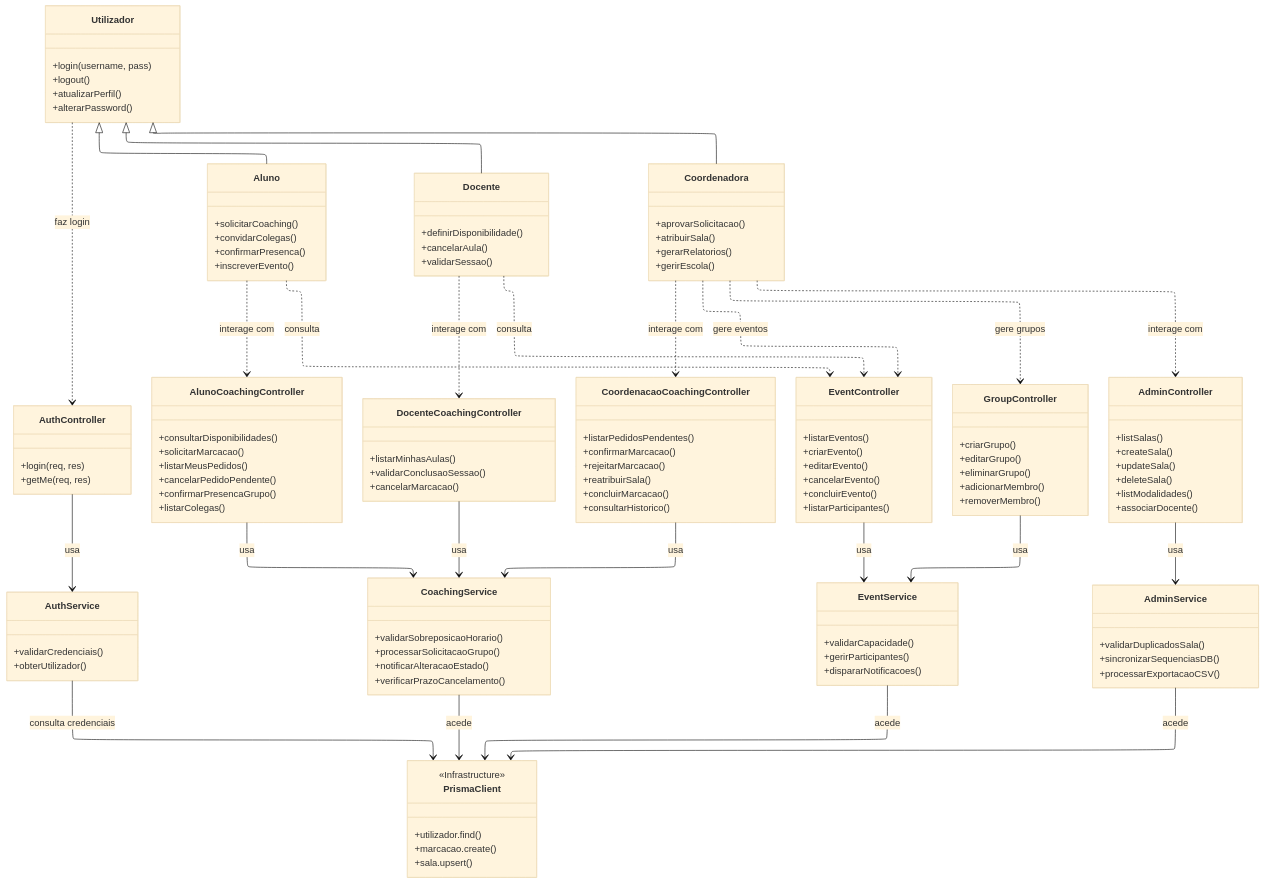
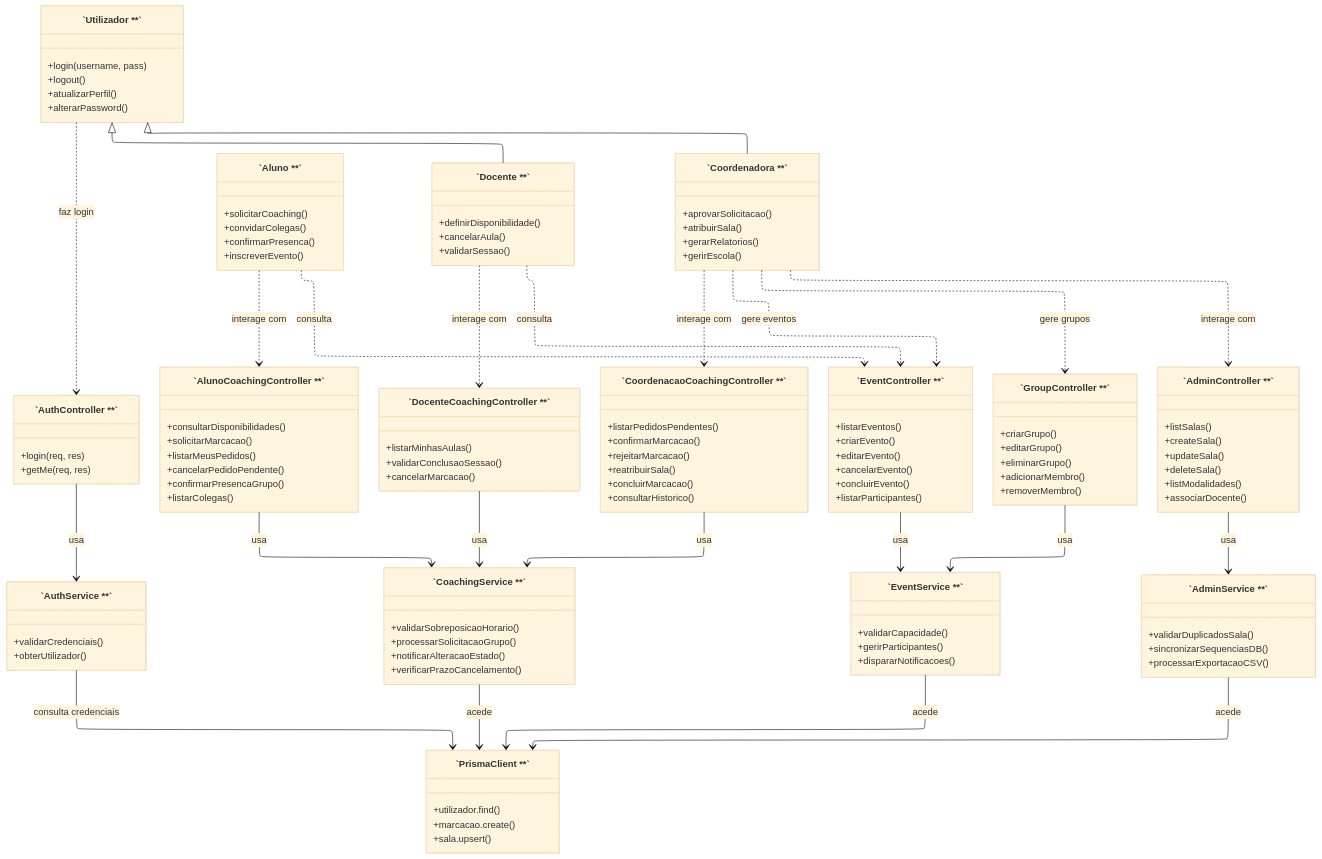
Before and after one commit to rogerio-picas/entartes-web-app: the diagram in backend/classDiagram.mmd, drawn with Mermaid.

```diff
--- a/backend/classDiagram.mmd
+++ b/backend/classDiagram.mmd
@@ -1,163 +1,165 @@
 ---
 config:
   theme: base
   layout: elk
+  look: classic
+  flowchart:
+    padding: 40
+    nodeSpacing: 60
+    rankSpacing: 80
 ---
 classDiagram
 direction TB
 
 %% ==== CLASSES DE DOMÍNIO ====
-class Utilizador {
+class Utilizador ["`Utilizador **`"] {
   +login(username, pass)
   +logout()
   +atualizarPerfil()
   +alterarPassword()
 }
 
-class Aluno {
+class Aluno ["`Aluno **`"] {
   +solicitarCoaching()
   +convidarColegas()
   +confirmarPresenca()
   +inscreverEvento()
 }
 
-class Docente {
+class Docente ["`Docente **`"] {
   +definirDisponibilidade()
   +cancelarAula()
   +validarSessao()
 }
 
-class Coordenadora {
+class Coordenadora ["`Coordenadora **`"] {
   +aprovarSolicitacao()
   +atribuirSala()
   +gerarRelatorios()
   +gerirEscola()
 }
 
-Utilizador <|-- Aluno
 Utilizador <|-- Docente
 Utilizador <|-- Coordenadora
 
 
 %% ==== CONTROLLERS ====
-class AuthController {
+class AuthController ["`AuthController **`"] {
   +login(req, res)
   +getMe(req, res)
 }
 
-class AlunoCoachingController {
+class AlunoCoachingController ["`AlunoCoachingController **`"] {
   +consultarDisponibilidades()
   +solicitarMarcacao()
   +listarMeusPedidos()
   +cancelarPedidoPendente()
   +confirmarPresencaGrupo()
   +listarColegas()
 }
 
-class DocenteCoachingController {
+class DocenteCoachingController ["`DocenteCoachingController **`"] {
   +listarMinhasAulas()
   +validarConclusaoSessao()
   +cancelarMarcacao()
 }
 
-class CoordenacaoCoachingController {
+class CoordenacaoCoachingController ["`CoordenacaoCoachingController **`"] {
   +listarPedidosPendentes()
   +confirmarMarcacao()
   +rejeitarMarcacao()
   +reatribuirSala()
   +concluirMarcacao()
   +consultarHistorico()
 }
 
-class EventController {
+class EventController ["`EventController **`"] {
   +listarEventos()
   +criarEvento()
   +editarEvento()
   +cancelarEvento()
   +concluirEvento()
   +listarParticipantes()
 }
 
-class GroupController {
+class GroupController ["`GroupController **`"] {
   +criarGrupo()
   +editarGrupo()
   +eliminarGrupo()
   +adicionarMembro()
   +removerMembro()
 }
 
-class AdminController {
+class AdminController ["`AdminController **`"] {
   +listSalas()
   +createSala()
   +updateSala()
   +deleteSala()
   +listModalidades()
   +associarDocente()
 }
 
 
 %% ==== SERVICES ====
-class AuthService {
+class AuthService ["`AuthService **`"] {
   +validarCredenciais()
   +obterUtilizador()
 }
 
-class CoachingService {
+class CoachingService ["`CoachingService **`"] {
   +validarSobreposicaoHorario()
   +processarSolicitacaoGrupo()
   +notificarAlteracaoEstado()
   +verificarPrazoCancelamento()
 }
 
-class EventService {
+class EventService ["`EventService **`"] {
   +validarCapacidade()
   +gerirParticipantes()
   +dispararNotificacoes()
 }
 
-class AdminService {
+class AdminService ["`AdminService **`"] {
   +validarDuplicadosSala()
   +sincronizarSequenciasDB()
   +processarExportacaoCSV()
 }
 
 
 %% ==== INFRAESTRUTURA ====
-class PrismaClient {
+class PrismaClient ["`PrismaClient **`"] {
   +utilizador.find()
   +marcacao.create()
   +sala.upsert()
 }
-
-<<Infrastructure>> PrismaClient
 
 
 %% ==== RELAÇÕES PRINCIPAIS ====
 
 %% Controllers usam seus respectivos serviços
 AuthController --> AuthService : usa
 AlunoCoachingController --> CoachingService : usa
 DocenteCoachingController --> CoachingService : usa
 CoordenacaoCoachingController --> CoachingService : usa
 EventController --> EventService : usa
 GroupController --> EventService : usa
 AdminController --> AdminService : usa
 
 %% Services acedem à base de dados
 AuthService --> PrismaClient : consulta credenciais
 CoachingService --> PrismaClient : acede
 EventService --> PrismaClient : acede
 AdminService --> PrismaClient : acede
 
 %% ==== INTERAÇÕES UTILIZADORAS ====
 Utilizador ..> AuthController : faz login
 
 Aluno ..> AlunoCoachingController : interage com
 Docente ..> DocenteCoachingController : interage com
 Coordenadora ..> CoordenacaoCoachingController : interage com
 Coordenadora ..> AdminController : interage com
 Coordenadora ..> EventController : gere eventos
 Coordenadora ..> GroupController : gere grupos
 
 Aluno ..> EventController : consulta
 Docente ..> EventController : consulta
```
